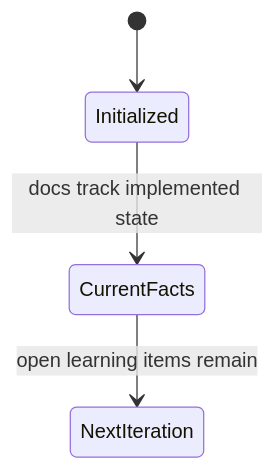
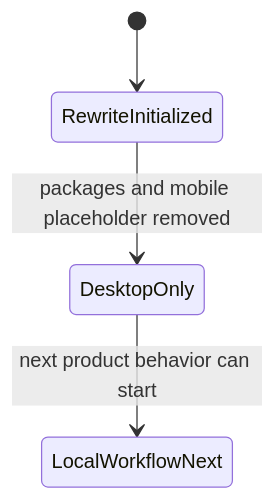
Before and after one commit to deweyou/weave: the diagram in docs/.state.md, drawn with Mermaid. The commit also changed other lines of this file and 53 other files, not shown here.

````diff
--- a/docs/.state.md
+++ b/docs/.state.md
@@ -3,6 +3,6 @@
 ```mermaid
 stateDiagram-v2
-    [*] --> Initialized
-    Initialized --> CurrentFacts: docs track implemented state
-    CurrentFacts --> NextIteration: open learning items remain
+    [*] --> RewriteInitialized
+    RewriteInitialized --> DesktopOnly: packages and mobile placeholder removed
+    DesktopOnly --> LocalWorkflowNext: next product behavior can start
 ```
````
